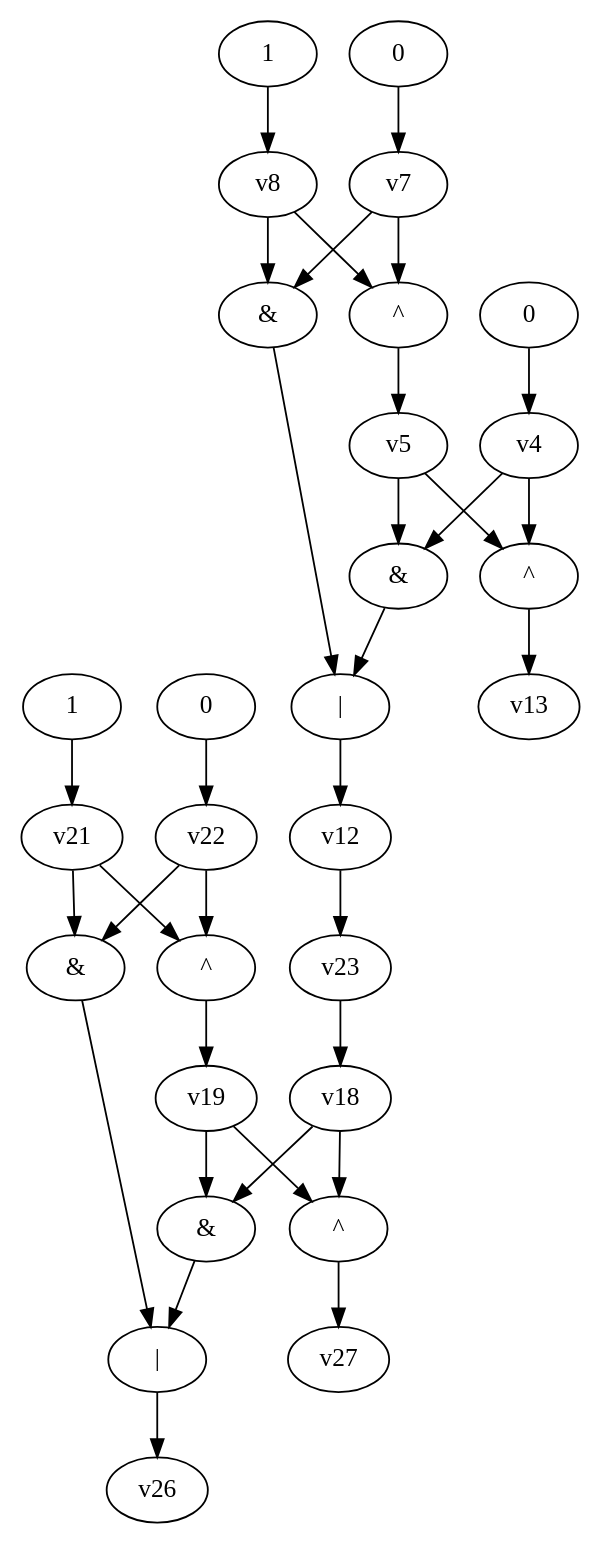
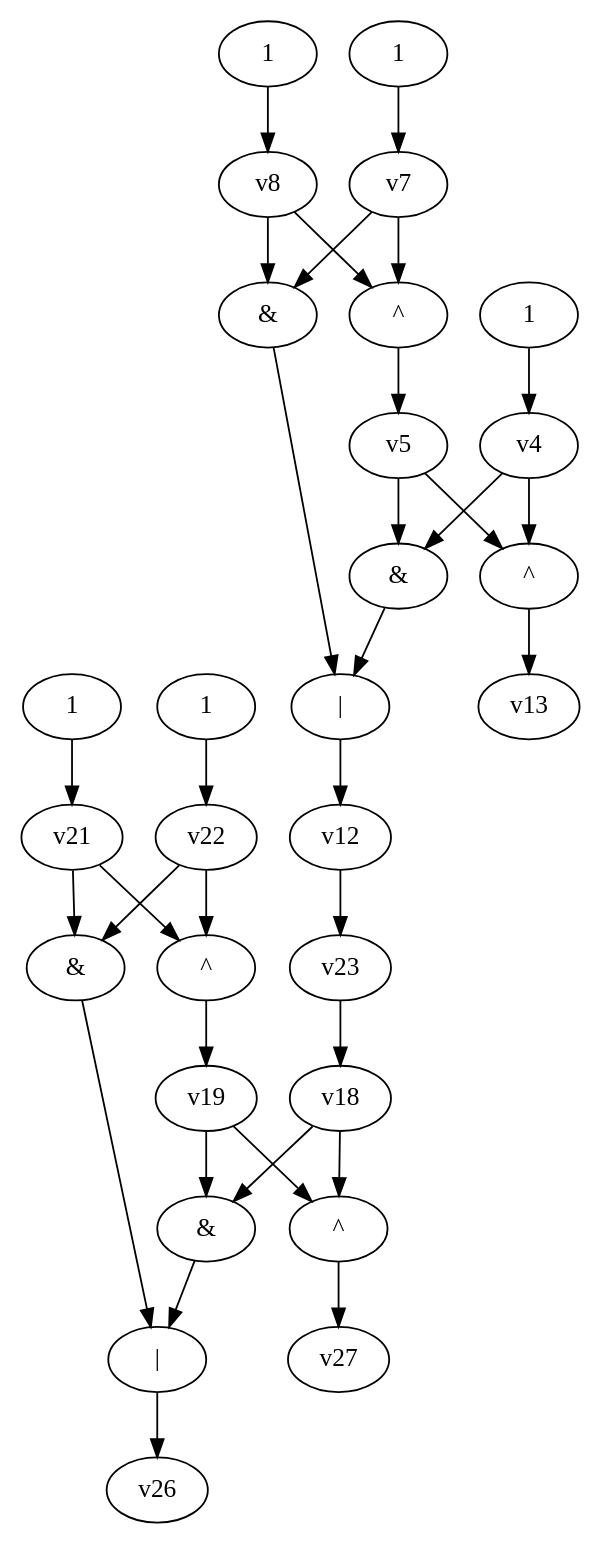
One commit to yadej/graph_project changed the diagram in dot_files/testAdder.dot. Above: the diagram before and after it, drawn with Graphviz. The commit also changed 4 other files, not shown here.

```diff
--- a/dot_files/testAdder.dot
+++ b/dot_files/testAdder.dot
@@ -1,49 +1,49 @@
 digraph G { 
 v14 [label="|"]; 
 v15 [label="&"]; 
 v16 [label="&"]; 
 v17 [label="^"]; 
 v20 [label="^"]; 
 v24 [label="1"]; 
-v25 [label="0"]; 
+v25 [label="1"]; 
 v0 [label="|"]; 
 v1 [label="&"]; 
 v2 [label="&"]; 
 v3 [label="^"]; 
 v6 [label="^"]; 
-v9 [label="0"]; 
-v10 [label="0"]; 
+v9 [label="1"]; 
+v10 [label="1"]; 
 v11 [label="1"]; 
 v14 -> v26;
 v15 -> v14;
 v16 -> v14;
 v17 -> v27;
 v18 -> v17;
 v18 -> v15;
 v19 -> v17;
 v19 -> v15;
 v20 -> v19;
 v21 -> v20;
 v21 -> v16;
 v22 -> v20;
 v22 -> v16;
 v23 -> v18;
 v24 -> v21;
 v25 -> v22;
 v0 -> v12 -> v23;
 v1 -> v0;
 v2 -> v0;
 v3 -> v13;
 v4 -> v3;
 v4 -> v1;
 v5 -> v3;
 v5 -> v1;
 v6 -> v5;
 v7 -> v6;
 v7 -> v2;
 v8 -> v6;
 v8 -> v2;
 v9 -> v4;
 v10 -> v7;
 v11 -> v8;
 }
```
